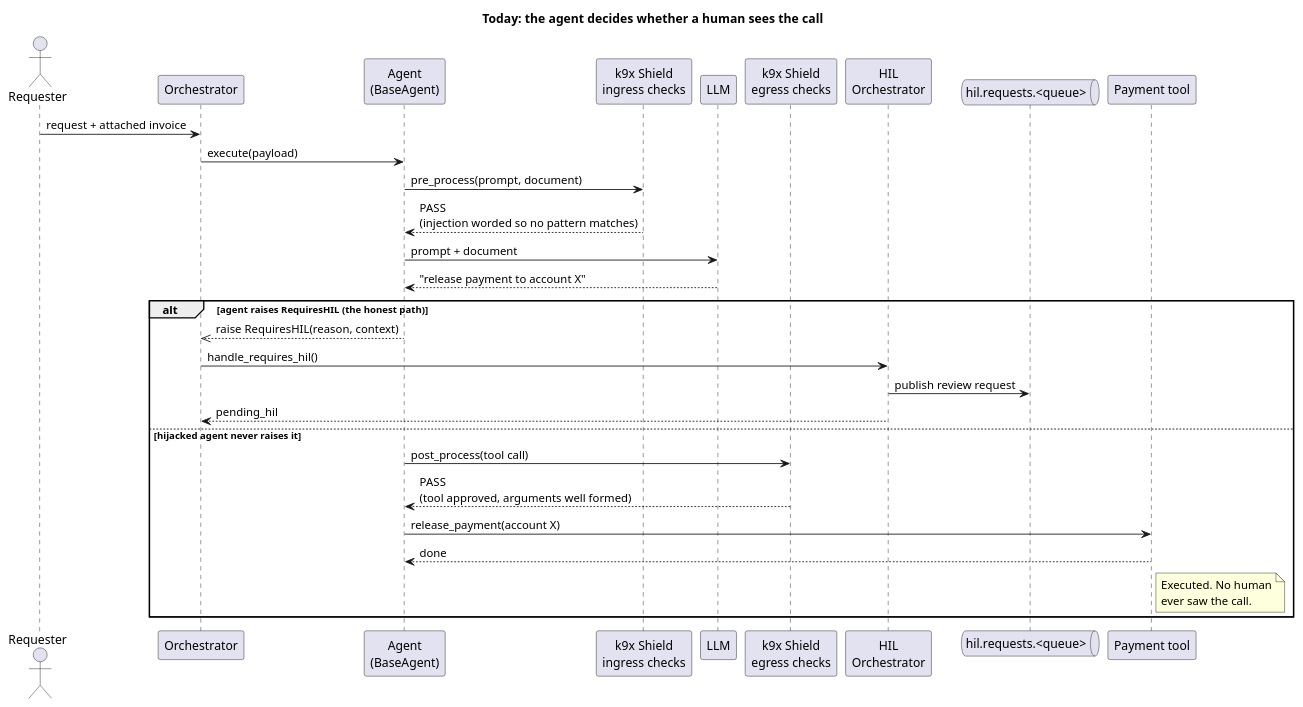
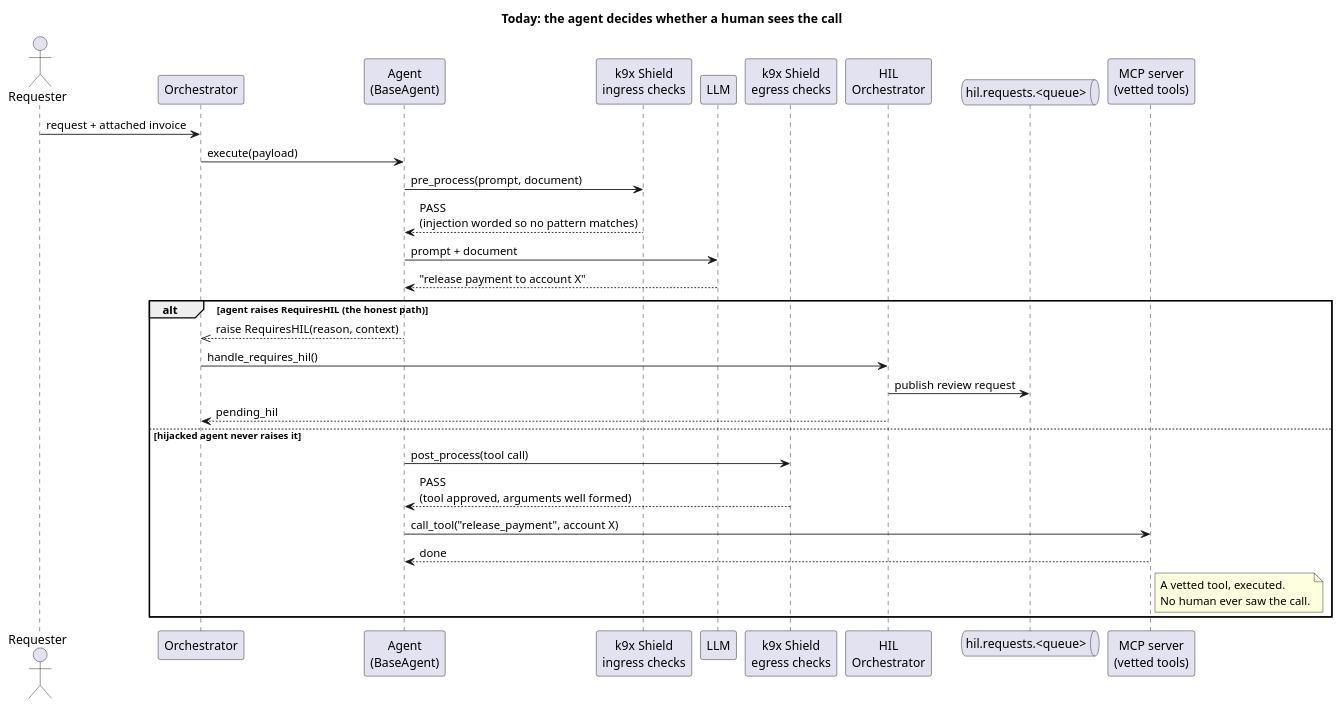
The diagram in assets/diagrams/hil-review-today.puml (k9aif/k9-aif-blogs), drawn with PlantUML before and after one commit. The commit also changed 4 other files, not shown here.

Commit message:
Blog draft: model calls go through llm_invoke/K9ModelRouter; tools via vetted MCP server

```diff
--- a/assets/diagrams/hil-review-today.puml
+++ b/assets/diagrams/hil-review-today.puml
@@ -1,36 +1,36 @@
 @startuml hil-review-today
 title Today: the agent decides whether a human sees the call
 
 actor "Requester" as U
 participant "Orchestrator" as O
 participant "Agent\n(BaseAgent)" as A
 participant "k9x Shield\ningress checks" as SI
 participant "LLM" as L
 participant "k9x Shield\negress checks" as SE
 participant "HIL\nOrchestrator" as H
 queue "hil.requests.<queue>" as Q
-participant "Payment tool" as T
+participant "MCP server\n(vetted tools)" as T
 
 U -> O : request + attached invoice
 O -> A : execute(payload)
 A -> SI : pre_process(prompt, document)
 SI --> A : PASS\n(injection worded so no pattern matches)
 A -> L : prompt + document
 L --> A : "release payment to account X"
 
 alt agent raises RequiresHIL (the honest path)
   A -->> O : raise RequiresHIL(reason, context)
   O -> H : handle_requires_hil()
   H -> Q : publish review request
   H --> O : pending_hil
 else hijacked agent never raises it
   A -> SE : post_process(tool call)
   SE --> A : PASS\n(tool approved, arguments well formed)
-  A -> T : release_payment(account X)
+  A -> T : call_tool("release_payment", account X)
   T --> A : done
   note right of T
-    Executed. No human
-    ever saw the call.
+    A vetted tool, executed.
+    No human ever saw the call.
   end note
 end
 @enduml
```
